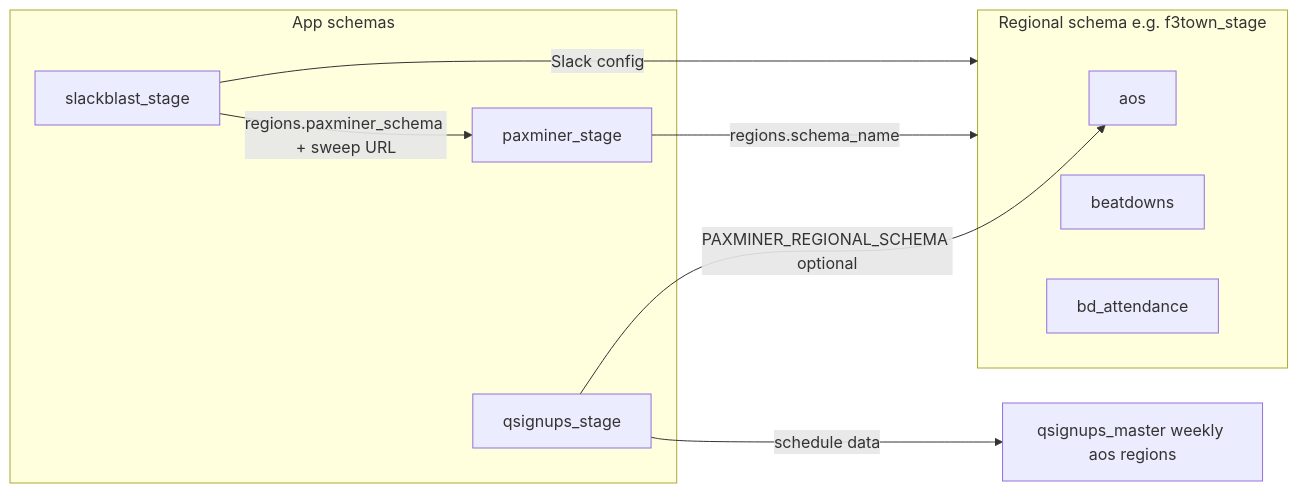
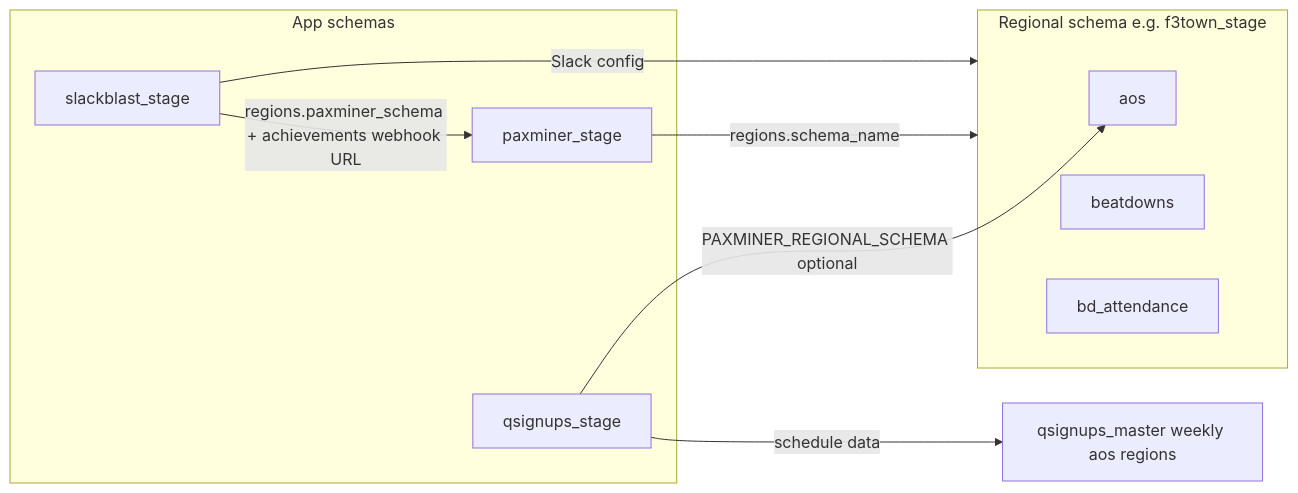
One commit to f3-tulsa/slack-stack changed the diagram in docs/ARCHITECTURE.md. Above: the diagram before and after it, drawn with Mermaid. The commit also changed other lines of this file and 9 other files, not shown here.

First line of the commit message:
refactor: rename achievement sweep to webhook

````diff
--- a/docs/ARCHITECTURE.md
+++ b/docs/ARCHITECTURE.md
@@ -29,18 +29,18 @@
 ```mermaid
 flowchart LR
   subgraph app_schemas [App schemas]
     PM[paxminer_stage]
     SB[slackblast_stage]
     QS[qsignups_stage]
   end
   subgraph regional [Regional schema e.g. f3town_stage]
     AOS[aos]
     BD[beatdowns]
     ATT[bd_attendance]
   end
   PM -->|regions.schema_name| regional
-  SB -->|regions.paxminer_schema + sweep URL| PM
+  SB -->|regions.paxminer_schema + achievements webhook URL| PM
   SB -->|Slack config| regional
   QS -->|PAXMINER_REGIONAL_SCHEMA optional| AOS
   QS -->|schedule data| QSMASTER[qsignups_master weekly aos regions]
 ```
````
